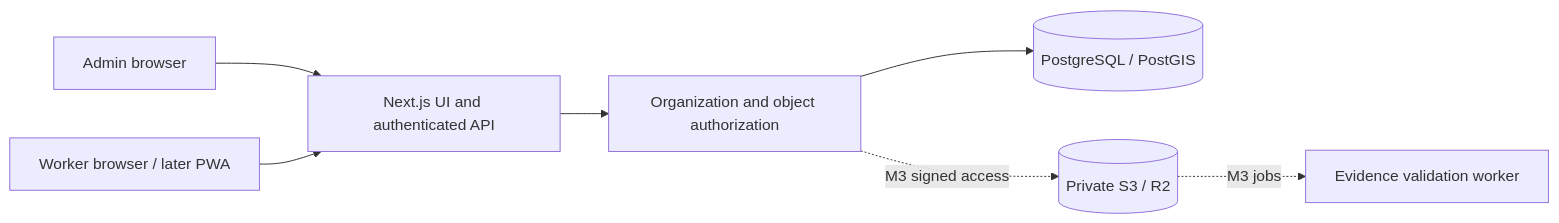
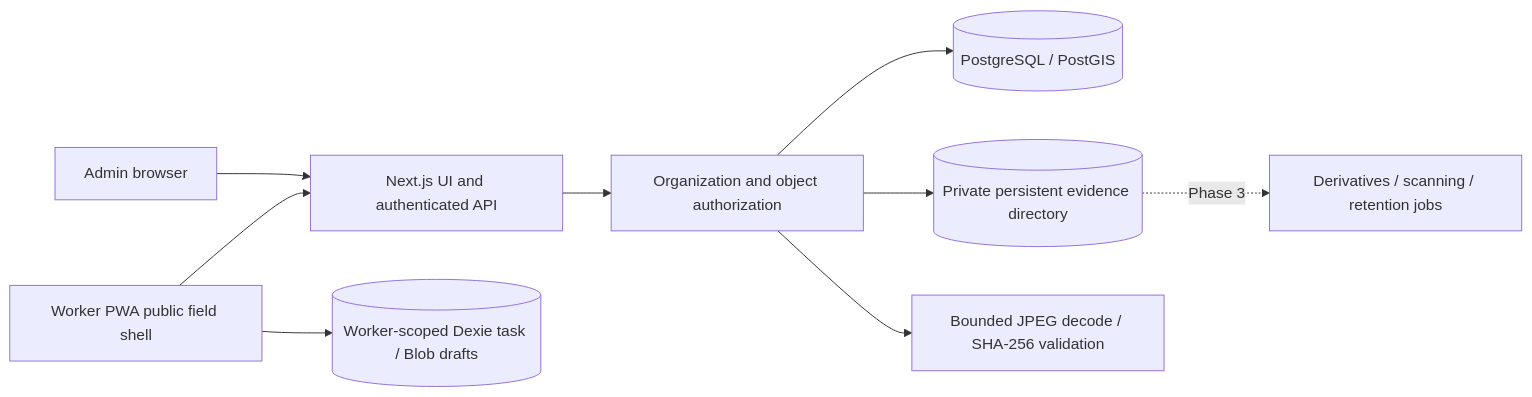
The diagram in docs/ARCHITECTURE.md (hizendevelopers/OOH), drawn with Mermaid before and after one commit. The commit also changed other lines of this file and 26 other files, not shown here.

Commit message:
Harden evidence recovery and document Phase 2 delivery

````diff
--- a/docs/ARCHITECTURE.md
+++ b/docs/ARCHITECTURE.md
@@ -3,9 +3,11 @@
 ```mermaid
 flowchart LR
   A[Admin browser] --> N[Next.js UI and authenticated API]
-  W[Worker browser / later PWA] --> N
+  W[Worker PWA public field shell] --> N
+  W --> D[(Worker-scoped Dexie task / Blob drafts)]
   N --> S[Organization and object authorization]
   S --> P[(PostgreSQL / PostGIS)]
-  S -. M3 signed access .-> O[(Private S3 / R2)]
-  O -. M3 jobs .-> Q[Evidence validation worker]
+  S --> O[(Private persistent evidence directory)]
+  S --> V[Bounded JPEG decode / SHA-256 validation]
+  O -. Phase 3 .-> Q[Derivatives / scanning / retention jobs]
 ```
````
